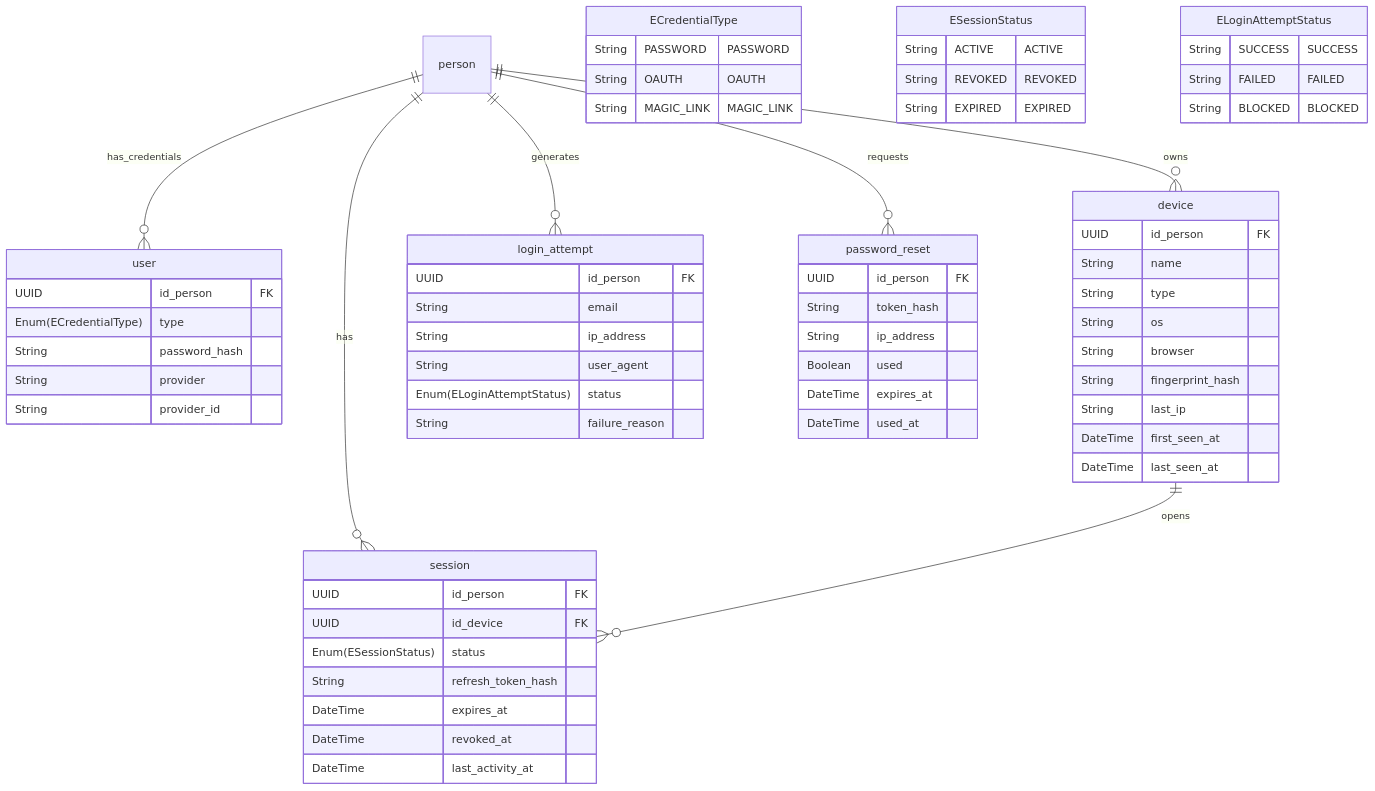
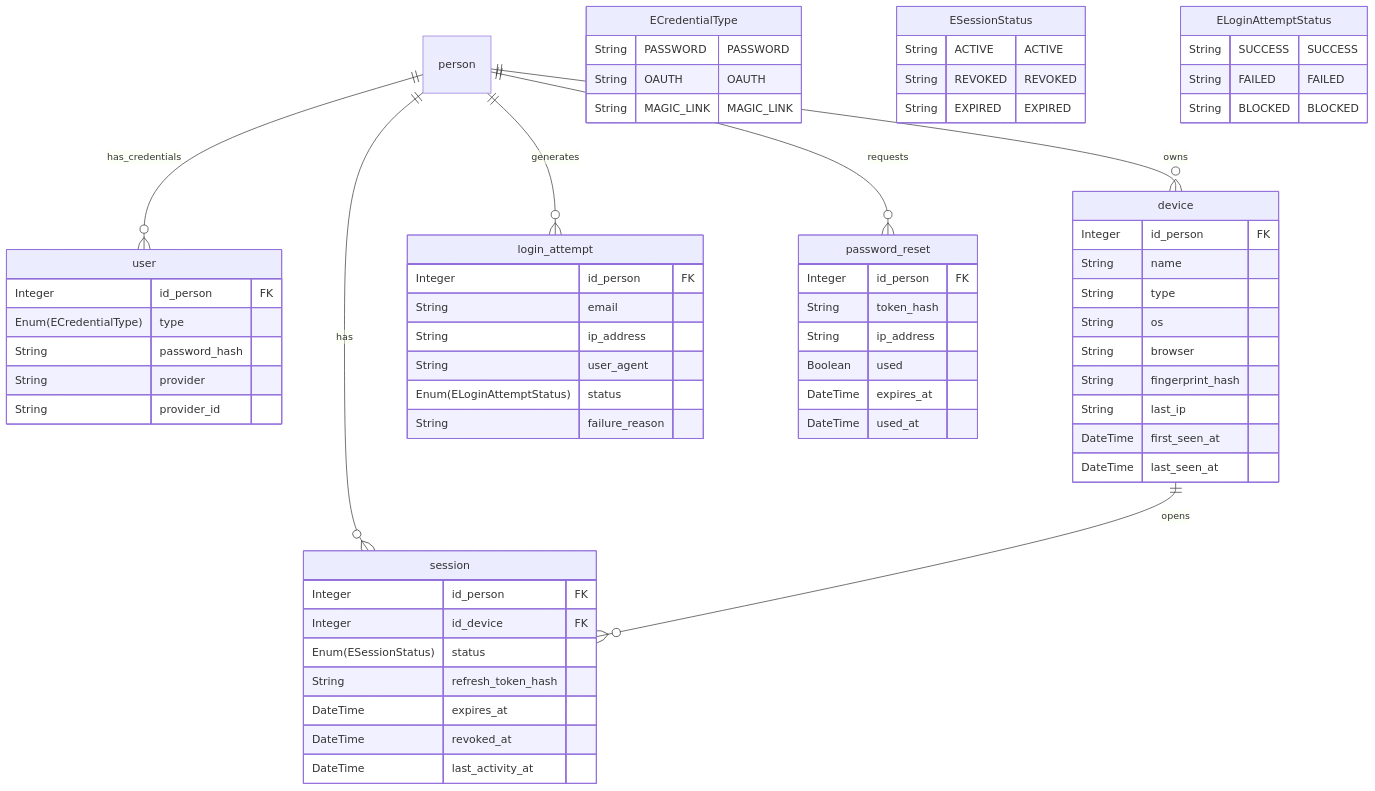
Before and after one commit to m4ck-y/dh_docs: the diagram in db/postgres/auth/ERD.mmd, drawn with Mermaid. The commit also changed 17 other files, not shown here.

```diff
--- a/db/postgres/auth/ERD.mmd
+++ b/db/postgres/auth/ERD.mmd
@@ -1,89 +1,94 @@
 erDiagram
     %% AUTH SCHEMA
     %% Autenticacion y sesiones
-    %% Todas las entidades heredan de BaseModel (id, created_at, updated_at, deleted_at)
-    %% Solo se muestran columnas especificas de cada entidad
+    %% BaseModel (heredado por todas las entidades):
+    %%   id Integer PK autoincrement — interno, NUNCA expuesto en API
+    %%   uuid UUID auto-generado    — externo, usado en respuestas y rutas de API
+    %%   created_at / updated_at / deleted_at  DateTime(tz) UTC
+    %%   created_by_id_user / updated_by_id_user / deleted_by_id_user Integer FK nullable
+    %% FKs entre tablas usan Integer (id del padre). Ver docs/decisions/010-database-id-strategy.md
+    %% Solo se muestran columnas específicas de cada entidad
 
     %% REFERENCIAS EXTERNAS
     %% person: definida en schema people
 
     %% RELACIONES
     person ||--o{ user : "has_credentials"
     person ||--o{ device : "owns"
     person ||--o{ session : "has"
     person ||--o{ login_attempt : "generates"
     person ||--o{ password_reset : "requests"
     device ||--o{ session : "opens"
 
     %% ENUMS
     ECredentialType {
         String PASSWORD "PASSWORD"
         String OAUTH "OAUTH"
         String MAGIC_LINK "MAGIC_LINK"
     }
 
     ESessionStatus {
         String ACTIVE "ACTIVE"
         String REVOKED "REVOKED"
         String EXPIRED "EXPIRED"
     }
 
     ELoginAttemptStatus {
         String SUCCESS "SUCCESS"
         String FAILED "FAILED"
         String BLOCKED "BLOCKED"
     }
 
     %% ENTIDADES
     %% user: metodo de autenticacion de la persona (password, OAuth, magic link)
     user {
-        UUID id_person FK
+        Integer id_person FK
         Enum(ECredentialType) type
         String password_hash
         String provider
         String provider_id
     }
 
     %% device: dispositivos de confianza donde el usuario inicia sesion
     device {
-        UUID id_person FK
+        Integer id_person FK
         String name
         String type
         String os
         String browser
         String fingerprint_hash
         String last_ip
         DateTime first_seen_at
         DateTime last_seen_at
     }
 
     %% session: sesion activa del usuario
     session {
-        UUID id_person FK
-        UUID id_device FK
+        Integer id_person FK
+        Integer id_device FK
         Enum(ESessionStatus) status
         String refresh_token_hash
         DateTime expires_at
         DateTime revoked_at
         DateTime last_activity_at
     }
 
     %% login_attempt: intentos de login para seguridad y rate limiting
     login_attempt {
-        UUID id_person FK
+        Integer id_person FK
         String email
         String ip_address
         String user_agent
         Enum(ELoginAttemptStatus) status
         String failure_reason
     }
 
     %% password_reset: flujo de recuperacion de contrasena
     password_reset {
-        UUID id_person FK
+        Integer id_person FK
         String token_hash
         String ip_address
         Boolean used
         DateTime expires_at
         DateTime used_at
     }
```
